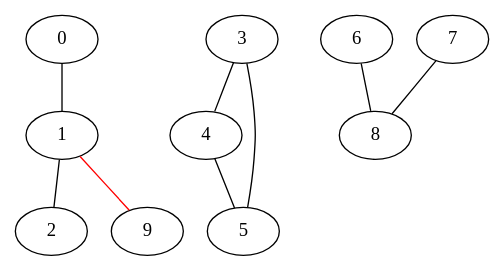
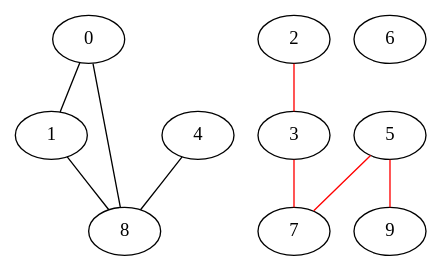
The diagram in counting_pieces/cnt.dot (KishoreKaushal/CSLAB-MONSOON-2017), drawn with Graphviz before and after one commit. The commit also changed 2 other files, not shown here.

```diff
--- a/counting_pieces/cnt.dot
+++ b/counting_pieces/cnt.dot
@@ -1,16 +1,16 @@
-graph test31
+graph test32
  { 
 0 -- 1 ;
-1 -- 2 ;
-1 -- 9  [color=red];
-2
-3 -- 4 ;
-3 -- 5 ;
-4 -- 5 ;
-5
-6 -- 8 ;
-7 -- 8 ;
+0 -- 8 ;
+1 -- 8 ;
+2 -- 3  [color=red];
+3 -- 7  [color=red];
+4 -- 8 ;
+5 -- 7  [color=red];
+5 -- 9  [color=red];
+6
+7
 8
 9
 
 }
```
